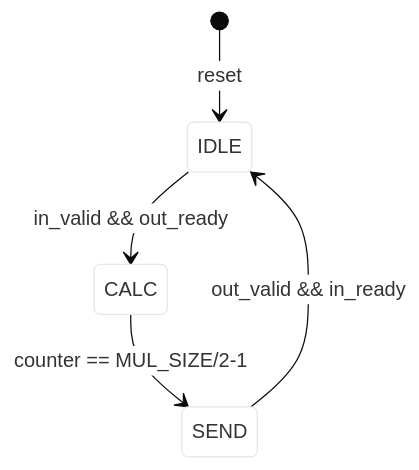
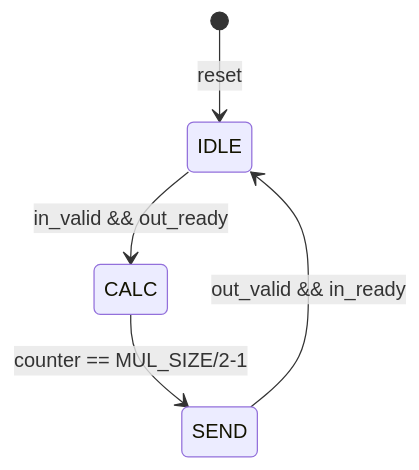
Before and after one commit to EsaLongs/EESM6000C_CL: the diagram in Lab_3/Booth4_multiplier/README.md, drawn with Mermaid.

````diff
--- a/Lab_3/Booth4_multiplier/README.md
+++ b/Lab_3/Booth4_multiplier/README.md
@@ -10,18 +10,18 @@
 ```mermaid
 
 %%{
   init: {
     'theme': 'base',
     'themeVariables': {
       'primaryColor': '#ffffff',
-      'mermaid-container': '#ffffff'
+      'mermaid-container': '#ffffff',
     }
   }
 }%%
 
 stateDiagram-v2
     [*] --> IDLE : reset
     IDLE --> CALC : in_valid && out_ready
     CALC --> SEND : counter == MUL_SIZE/2-1
     SEND --> IDLE : out_valid && in_ready
 ```
````
